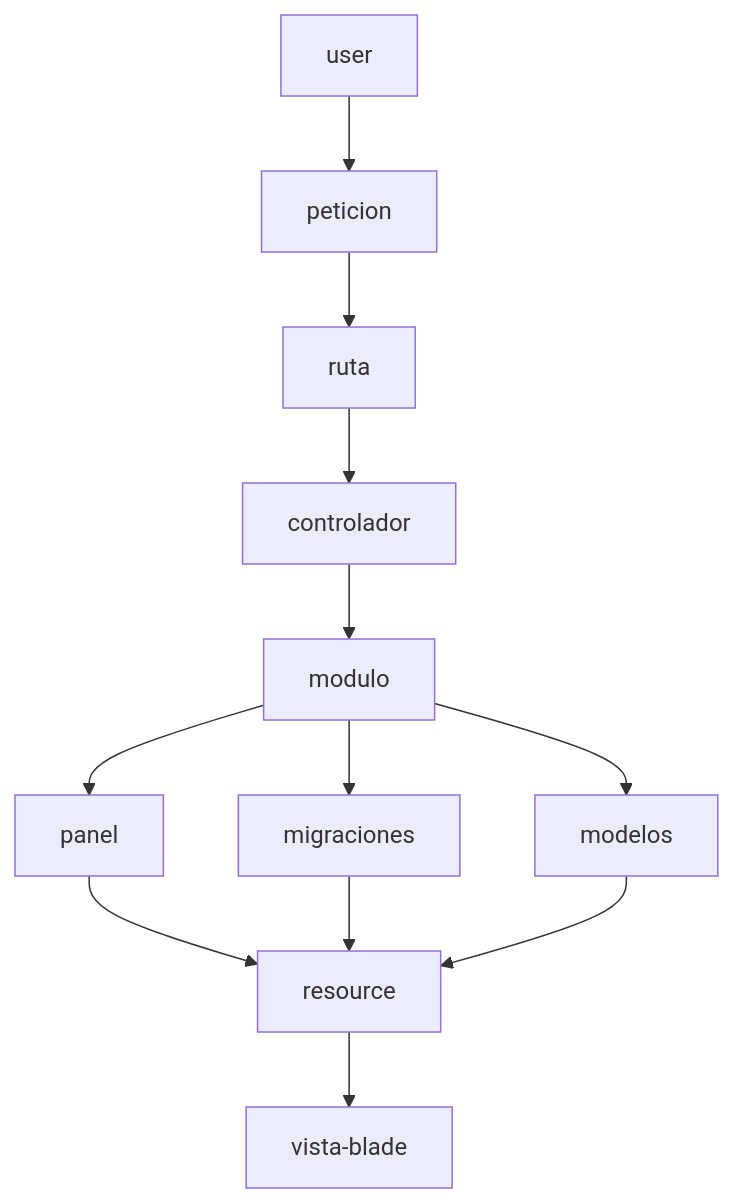
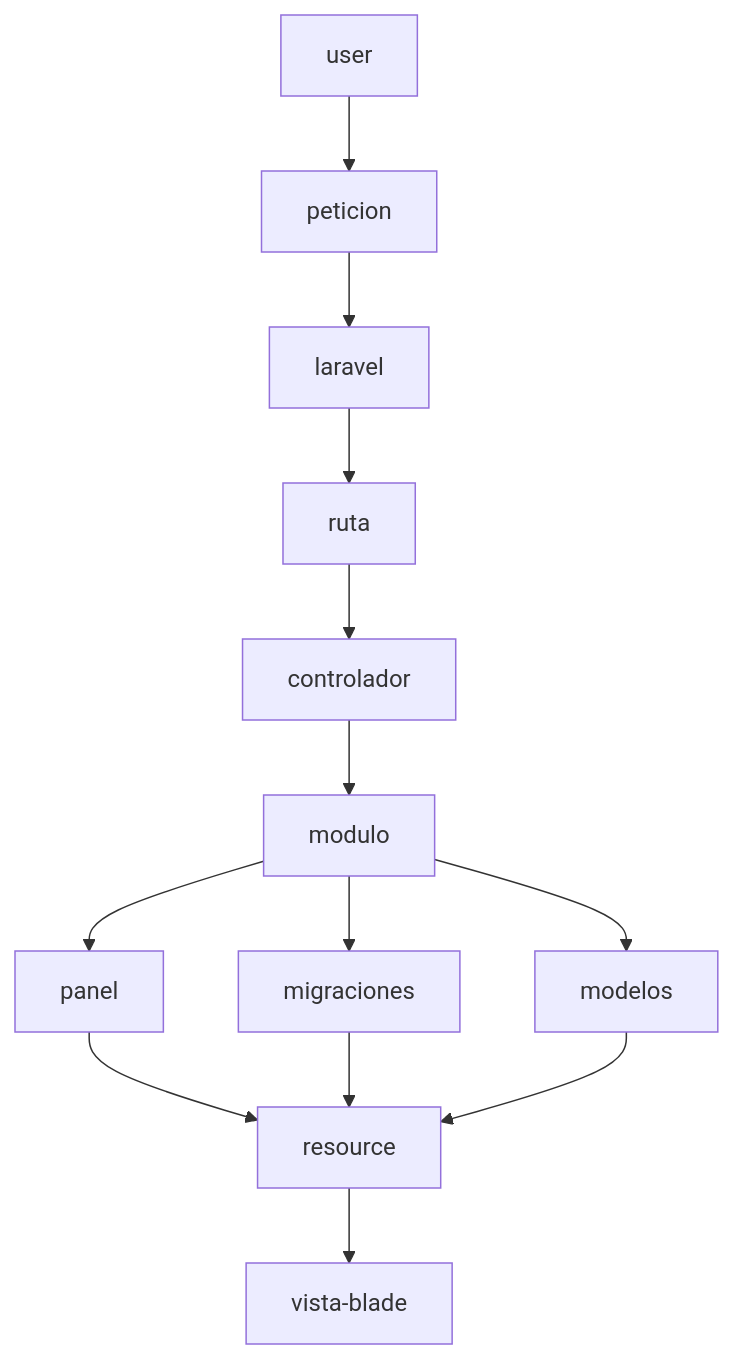
One commit to Andres020Mi/CEFAEMPRESA-ERP-DOCUMETATION changed the second of 2 diagrams in README.md. Above: the diagram before and after it, drawn with Mermaid. The commit also changed other lines of this file, not shown here.

Commit message:
actualizacion en el diagrama sobre el funcionamiento del software a nivel basico

````diff
--- a/README.md
+++ b/README.md
@@ -63,14 +63,15 @@
 ```mermaid
 graph TD;
     user-->peticion;
-    peticion-->ruta;
+    peticion-->laravel;
+    laravel-->ruta;
     ruta-->controlador;
     controlador-->modulo;
     modulo-->panel;
     modulo-->migraciones;
     modulo-->modelos;
     panel-->resource;
     migraciones-->resource;
     modelos-->resource;
     resource-->vista-blade;
 ```
````
